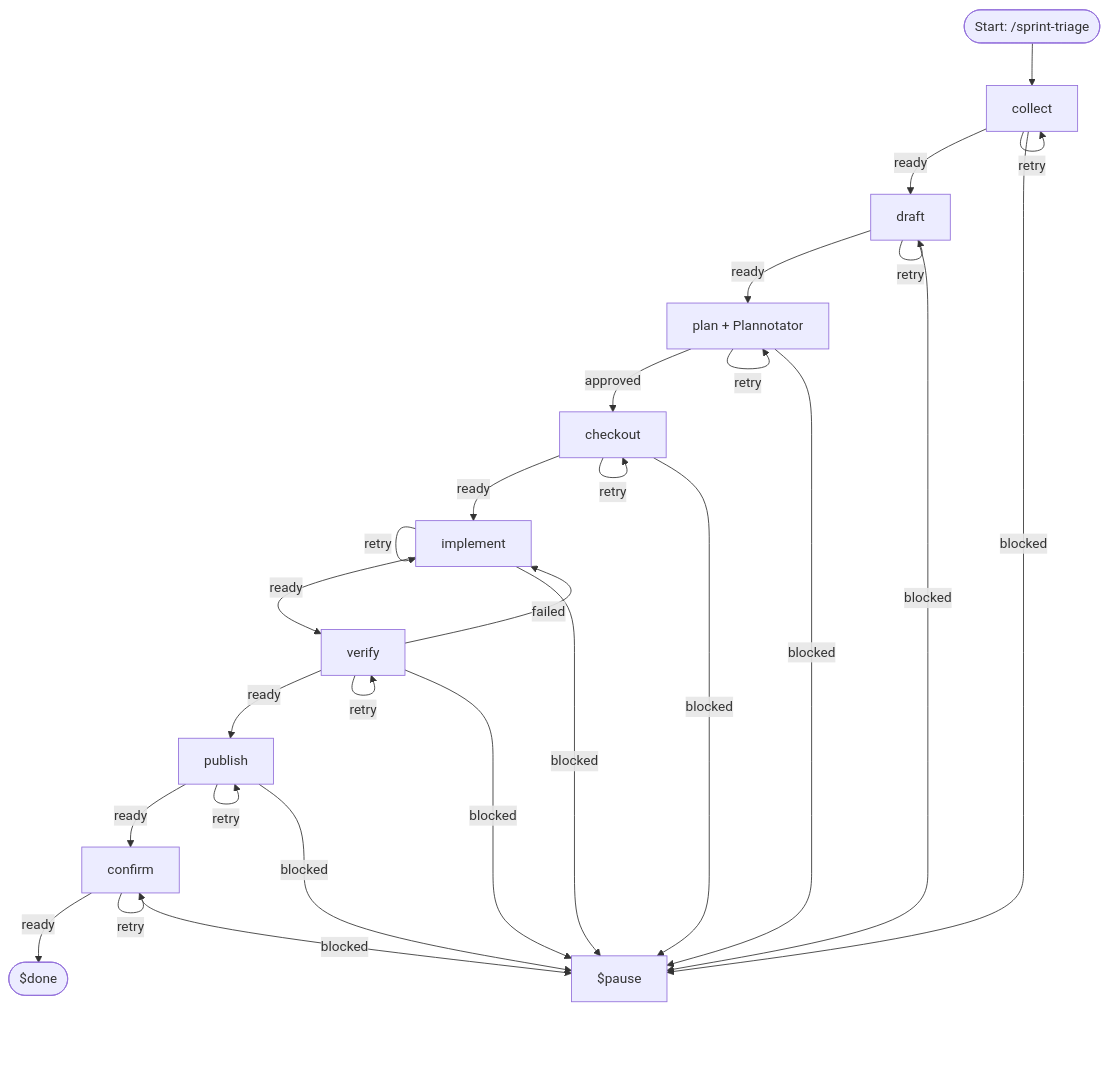
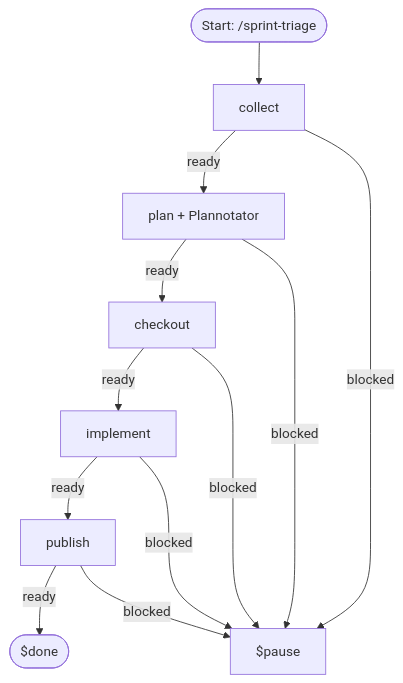
Before and after one commit to wichayutdew/dotfiles-arch: the fifth of 5 diagrams in .pi/agent/workflows/README.md, drawn with Mermaid. The commit also changed other lines of this file and 36 other files, not shown here.

````diff
--- a/.pi/agent/workflows/README.md
+++ b/.pi/agent/workflows/README.md
@@ -126,37 +115,18 @@
 ```mermaid
 flowchart TD
     Start([Start: /sprint-triage]) --> Collect[collect]
-    Collect -->|ready| Draft[draft]
-    Collect -->|retry| Collect
+    Collect -->|ready| Plan[plan + Plannotator]
     Collect -->|blocked| Pause[$pause]
 
-    Draft -->|ready| Plan[plan + Plannotator]
-    Draft -->|retry| Draft
-    Draft -->|blocked| Pause
-
-    Plan -->|approved| Checkout[checkout]
-    Plan -->|changes-requested| Plan
-    Plan -->|retry| Plan
+    Plan -->|ready| Checkout[checkout]
     Plan -->|blocked| Pause
 
     Checkout -->|ready| Imp[implement]
-    Checkout -->|retry| Checkout
     Checkout -->|blocked| Pause
 
-    Imp -->|ready| Ver[verify]
-    Imp -->|retry| Imp
+    Imp -->|ready| Pub[publish]
     Imp -->|blocked| Pause
 
-    Ver -->|ready| Pub[publish]
-    Ver -->|failed| Imp
-    Ver -->|retry| Ver
-    Ver -->|blocked| Pause
-
-    Pub -->|ready| Conf[confirm]
-    Pub -->|retry| Pub
+    Pub -->|ready| Done([$done])
     Pub -->|blocked| Pause
-
-    Conf -->|ready| Done([$done])
-    Conf -->|retry| Conf
-    Conf -->|blocked| Pause
 ```
````
